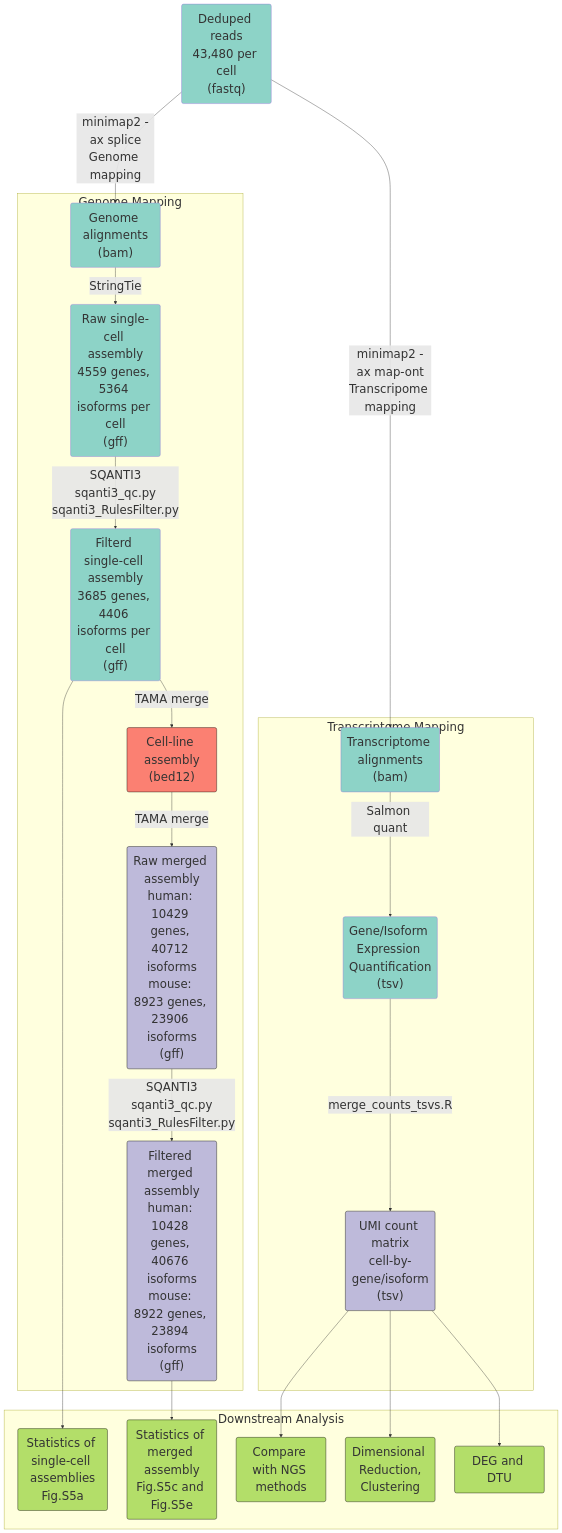
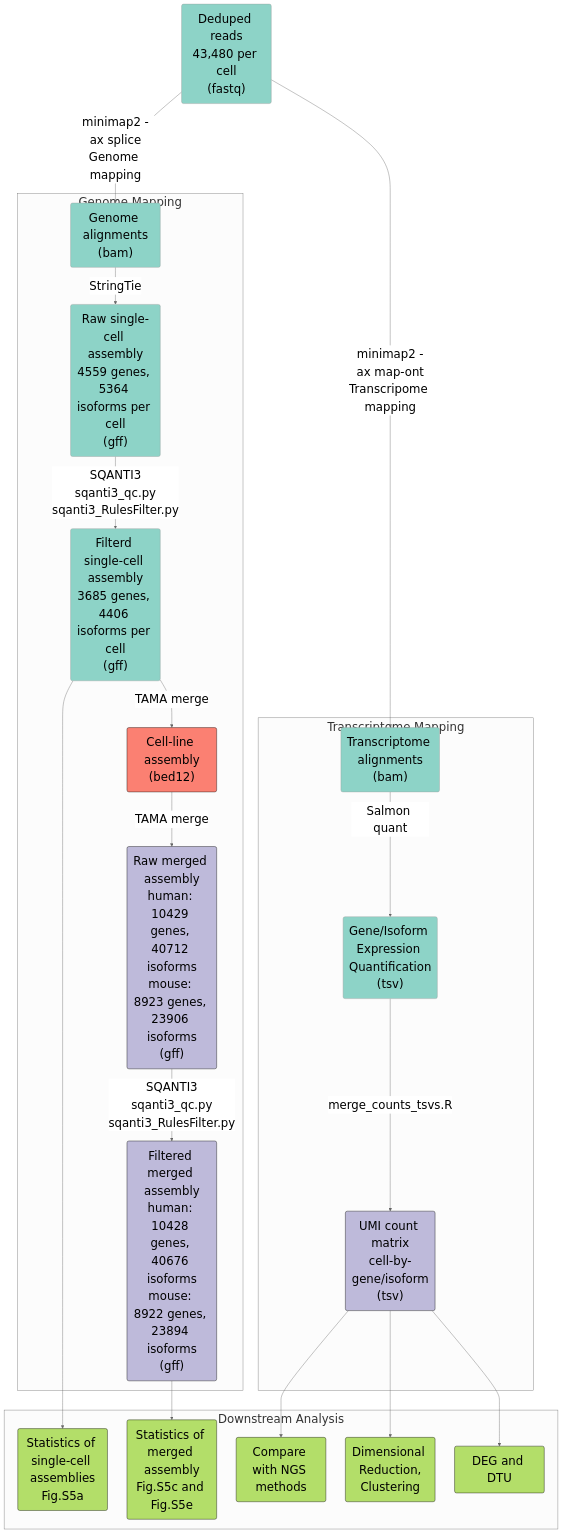
Before and after one commit to liuzhenyu-yyy/SCAN-seq2: the second of 3 diagrams in README.md, drawn with Mermaid. The commit also changed other lines of this file, not shown here.

````diff
--- a/README.md
+++ b/README.md
@@ -67,24 +65,24 @@
 ```mermaid
-%%{init: {"theme": "default", 'themeVariables': { "fontSize": "30px","fontFamily": "Arial"}}}%%
+%%{init: {"theme": "neutral", 'themeVariables': { "fontSize": "30px","fontFamily": "Arial"}}}%%
 graph TD
 dedup("Deduped reads</br>43,480 per cell</br>(fastq)"):::sc
 subgraph Transcriptome Mapping
 Align_cDNA("Transcriptome alignments</br>(bam)"):::sc --Salmon quant--> Quant("Gene/Isoform Expression Quantification</br>(tsv)"):::sc --merge_counts_tsvs.R--> Matrix("UMI count matrix</br>cell-by-gene/isoform</br>(tsv)"):::merge 
 end
 subgraph Genome Mapping
 Align_Genome("Genome alignments</br>(bam)"):::sc -- StringTie --> sc_Asm("Raw single-cell assembly<br/>4559 genes, 5364 isoforms per cell</br>(gff)"):::sc -- SQANTI3</br>sqanti3_qc.py</br>sqanti3_RulesFilter.py --> sc_Asm_2("Filterd single-cell assembly</br>3685 genes, 4406 isoforms per cell</br>(gff)"):::sc -- TAMA merge --> cl_Asm("Cell-line assembly</br>(bed12)"):::cl -- TAMA merge --> merge_Asm("Raw merged assembly</br>human: 10429 genes, 40712 isoforms</br>mouse: 8923 genes, 23906 isoforms</br>(gff)"):::merge -- SQANTI3</br>sqanti3_qc.py</br>sqanti3_RulesFilter.py -->  merge_Asm_2("Filtered merged assembly</br>human: 10428 genes, 40676 isoforms</br>mouse: 8922 genes, 23894 isoforms</br>(gff)"):::merge 
 end
 dedup --minimap2 -ax splice</br>Genome mapping--> Align_Genome
 dedup --minimap2 -ax map-ont</br>Transcripome mapping--> Align_cDNA
 subgraph Downstream Analysis
 sc_Asm_2 --> sc_stat("Statistics of single-cell assemblies</br>Fig.S5a"):::down
 merge_Asm_2 --> merge_stat("Statistics of merged assembly</br>Fig.S5c and Fig.S5e"):::down
 Matrix --> NGS("Compare with NGS methods"):::down
 Matrix --> DR_cluster("Dimensional Reduction,<br/>Clustering"):::down
 Matrix --> DEG("DEG and DTU"):::down
 end
 classDef merge fill:#bebada,stroke:#000000;
 classDef cl fill:#fb8072,stroke:#000000;
 classDef sc fill:#8dd3c7,stroke:#00000;
 classDef down fill:#b3de69,stroke:#000000;
 ```
````
